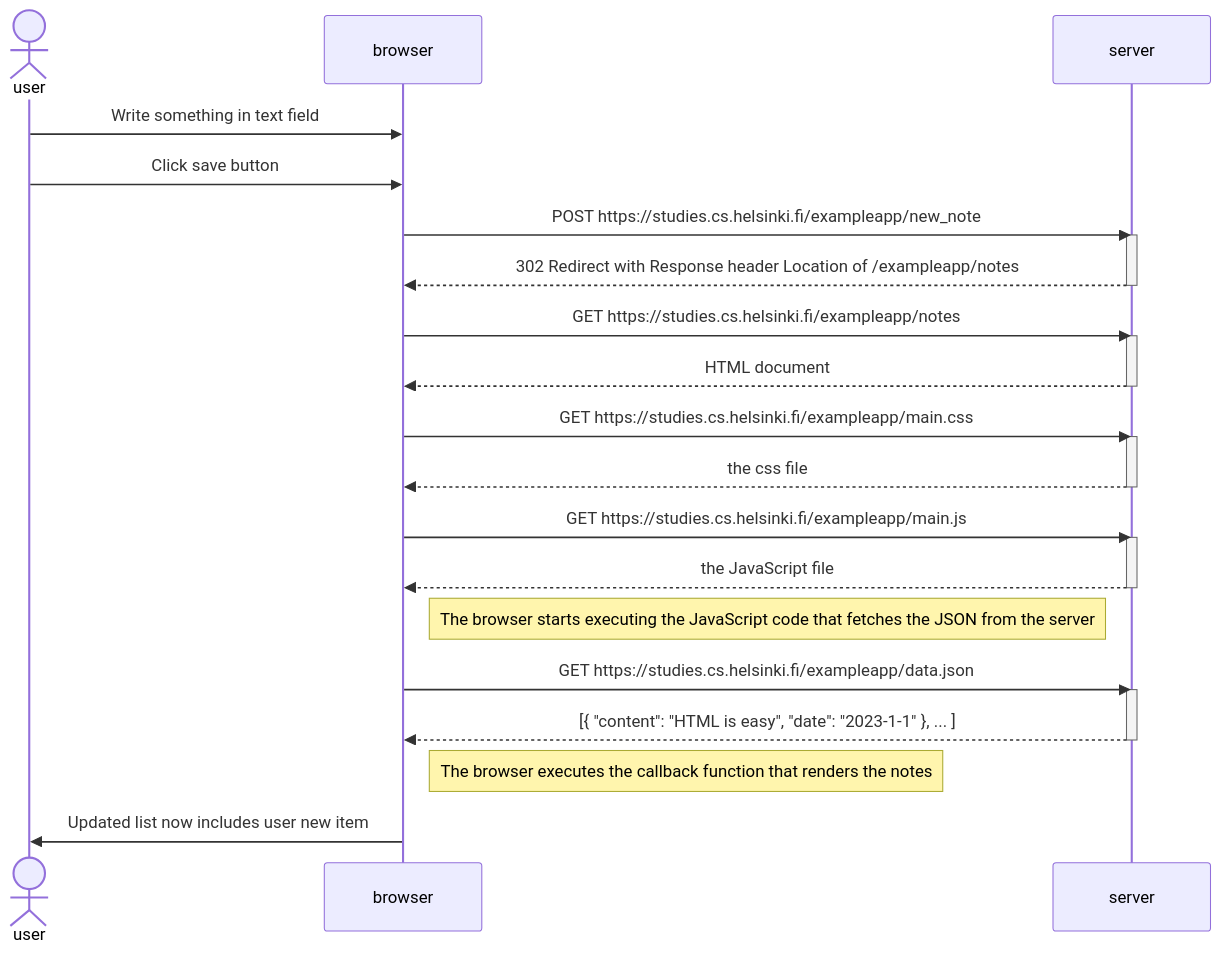
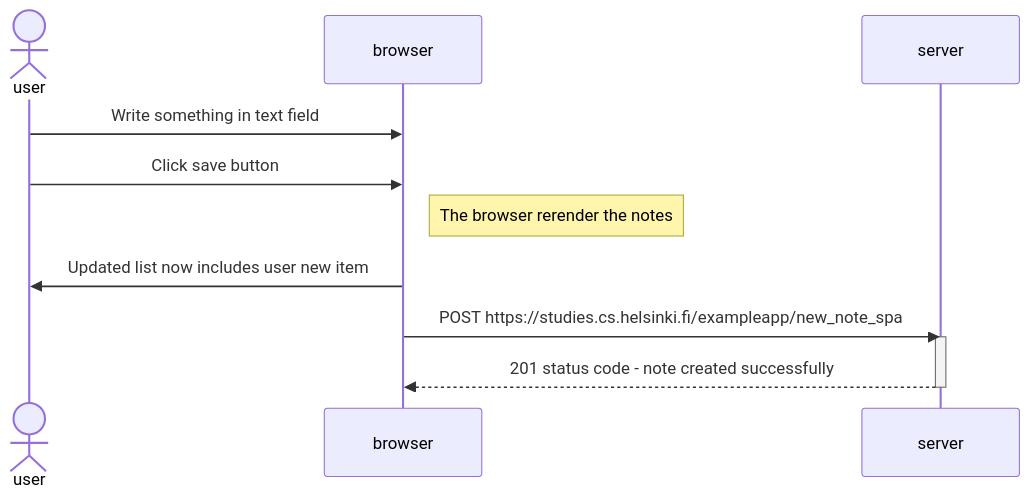
The diagram in part0/new-note-spa/diagram.md (WaseemMansour/fsopen-course), drawn with Mermaid before and after one commit.

Commit message:
create new note SPA - Mermaid sequence diagram

````diff
--- a/part0/new-note-spa/diagram.md
+++ b/part0/new-note-spa/diagram.md
@@ -1,40 +1,18 @@
 ```mermaid
 sequenceDiagram
     actor user
     participant browser
     participant server
     
     user->>browser: Write something in text field
     user->>browser: Click save button
+
+    Note right of browser: The browser rerender the notes
+    browser->>user: Updated list now includes user new item
     
-    browser->>server: POST https://studies.cs.helsinki.fi/exampleapp/new_note
+    browser->>server: POST https://studies.cs.helsinki.fi/exampleapp/new_note_spa
     activate server
-    server-->>browser: 302 Redirect with Response header Location of /exampleapp/notes
+    server-->>browser: 201 status code - note created successfully
     deactivate server
     
-    browser->>server: GET https://studies.cs.helsinki.fi/exampleapp/notes
-    activate server
-    server-->>browser: HTML document
-    deactivate server
-    
-    browser->>server: GET https://studies.cs.helsinki.fi/exampleapp/main.css
-    activate server
-    server-->>browser: the css file
-    deactivate server
-    
-    browser->>server: GET https://studies.cs.helsinki.fi/exampleapp/main.js
-    activate server
-    server-->>browser: the JavaScript file
-    deactivate server
-    
-    Note right of browser: The browser starts executing the JavaScript code that fetches the JSON from the server
-
-    browser->>server: GET https://studies.cs.helsinki.fi/exampleapp/data.json
-    activate server
-    server-->>browser: [{ "content": "HTML is easy", "date": "2023-1-1" }, ... ]
-    deactivate server
-
-    Note right of browser: The browser executes the callback function that renders the notes
-    browser->>user: Updated list now includes user new item
-    
 ```
````
